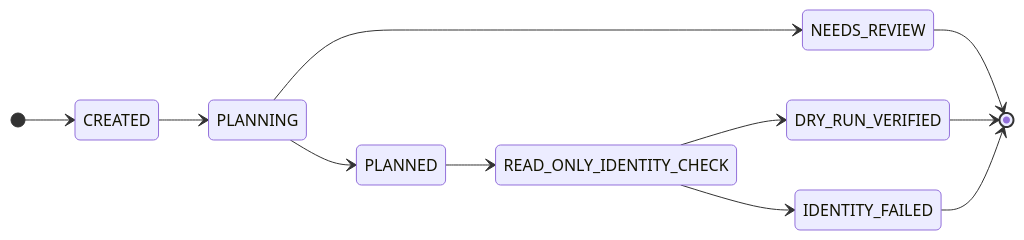
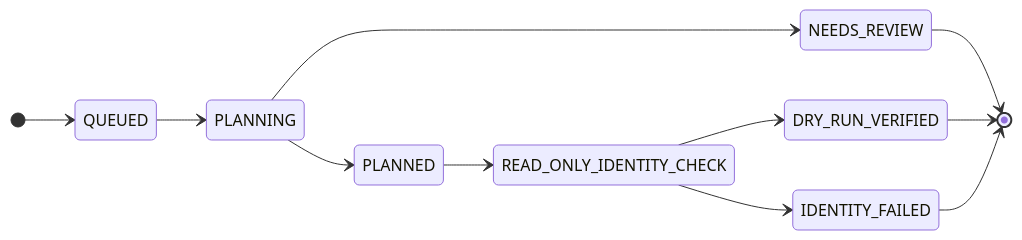
The first of 2 diagrams in docs/architecture/WORKFLOW_STATE_MODEL.md (mohammedkasmii/mcma_agent), drawn with Mermaid before and after one commit. The commit also changed other lines of this file and 2 other files, not shown here.

Commit message:
docs(architecture): align job state vocabulary, deterministic restart transitions, and plan type contracts

````diff
--- a/docs/architecture/WORKFLOW_STATE_MODEL.md
+++ b/docs/architecture/WORKFLOW_STATE_MODEL.md
@@ -18,14 +18,14 @@
 ```mermaid
 stateDiagram-v2
   direction LR
-  [*] --> CREATED
-  CREATED --> PLANNING
+  [*] --> QUEUED
+  QUEUED --> PLANNING
   PLANNING --> NEEDS_REVIEW
   PLANNING --> PLANNED
   PLANNED --> READ_ONLY_IDENTITY_CHECK
   READ_ONLY_IDENTITY_CHECK --> DRY_RUN_VERIFIED
   READ_ONLY_IDENTITY_CHECK --> IDENTITY_FAILED
   DRY_RUN_VERIFIED --> [*]
   NEEDS_REVIEW --> [*]
   IDENTITY_FAILED --> [*]
 ```
````
